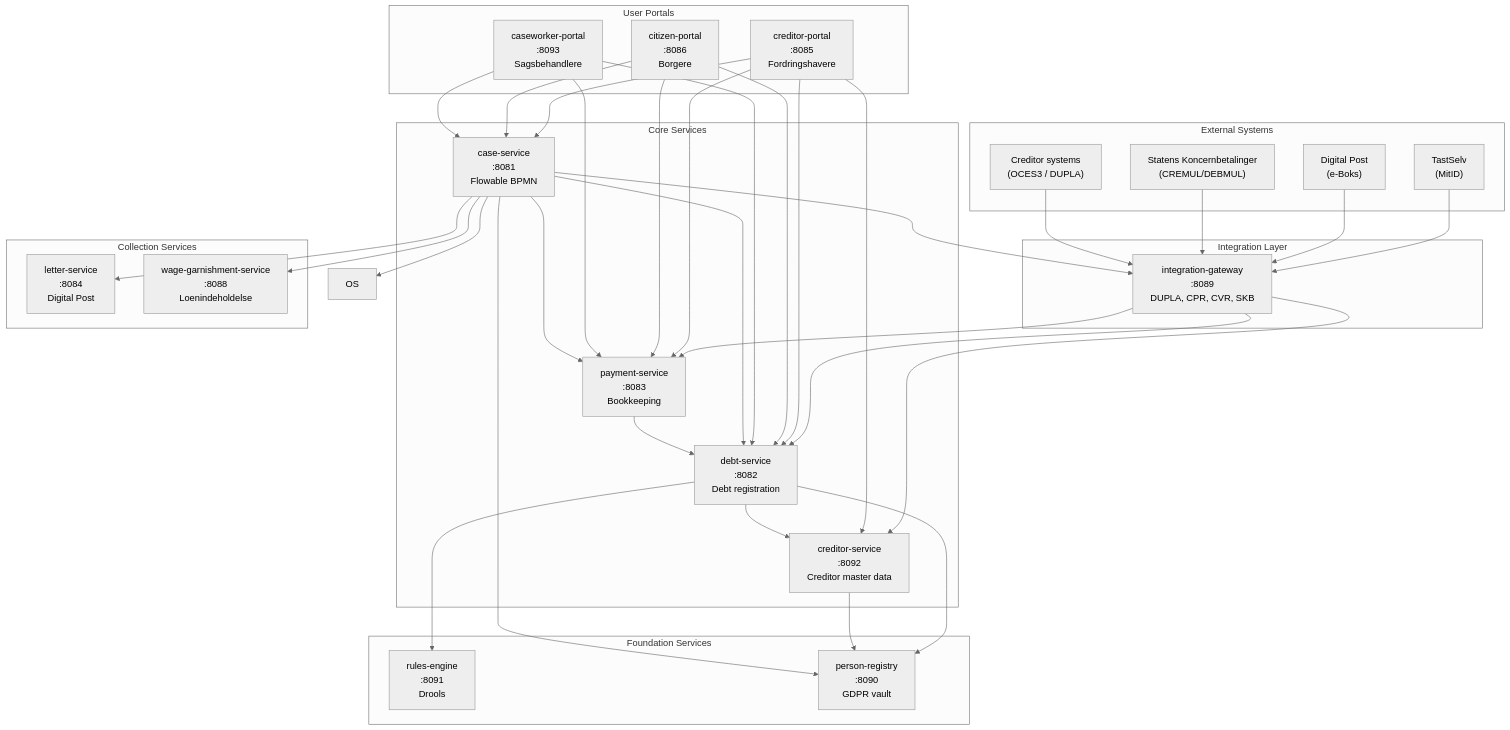
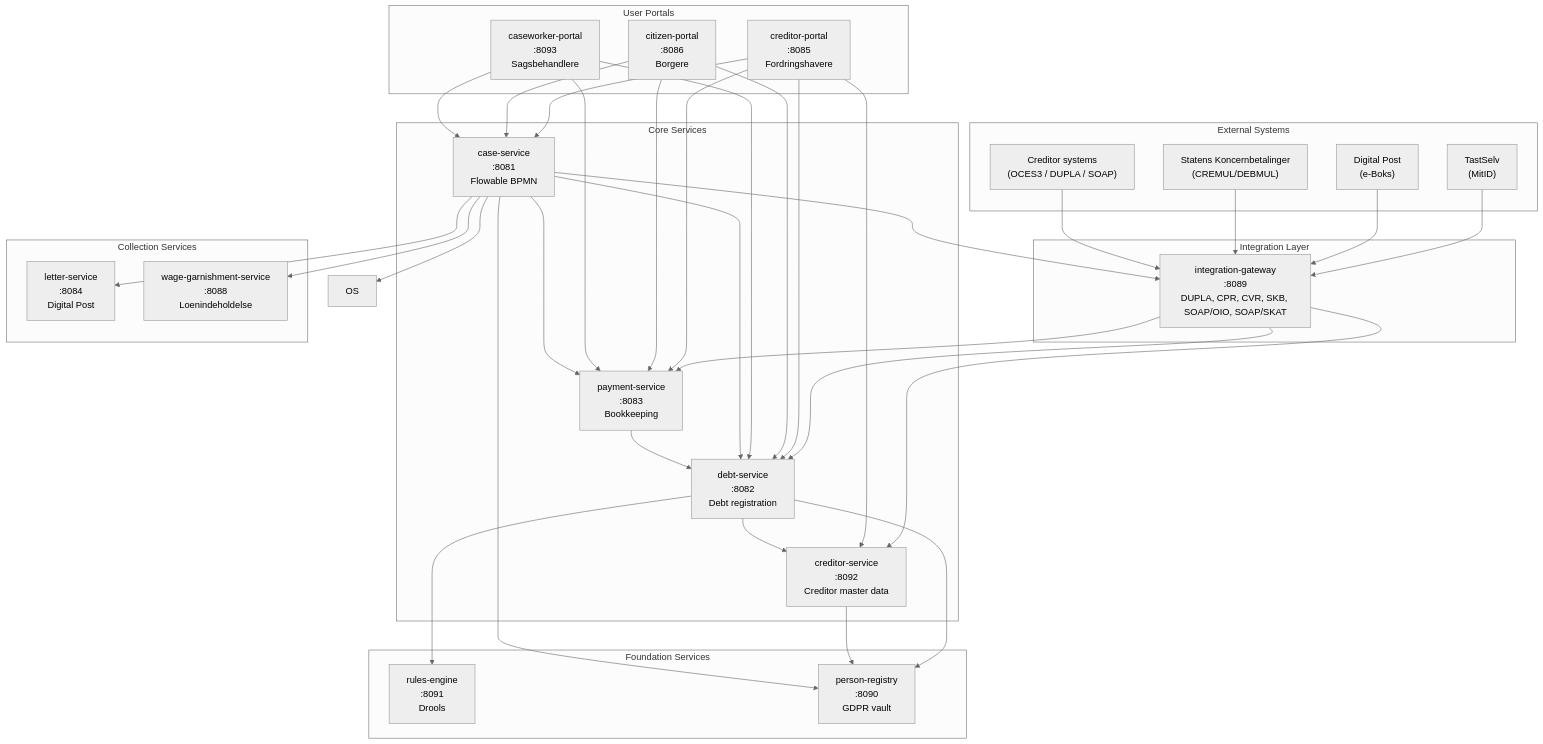
Before and after one commit to mfhens/opendebt: the first of 7 diagrams in docs/architecture-overview.md, drawn with Mermaid (neutral theme). The commit also changed other lines of this file and 12 other files, not shown here.

````diff
--- a/docs/architecture-overview.md
+++ b/docs/architecture-overview.md
@@ -7,70 +7,70 @@
 ```mermaid
 graph TB
     subgraph External["External Systems"]
         TastSelv["TastSelv<br/>(MitID)"]
         DigitalPost["Digital Post<br/>(e-Boks)"]
         SKB["Statens Koncernbetalinger<br/>(CREMUL/DEBMUL)"]
-        ES["Creditor systems<br/>(OCES3 / DUPLA)"]
+        ES["Creditor systems<br/>(OCES3 / DUPLA / SOAP)"]
     end
 
     subgraph Gateway["Integration Layer"]
-        IG["integration-gateway<br/>:8089<br/>DUPLA, CPR, CVR, SKB"]
+        IG["integration-gateway<br/>:8089<br/>DUPLA, CPR, CVR, SKB, SOAP/OIO, SOAP/SKAT"]
     end
 
     subgraph Portals["User Portals"]
         CP["creditor-portal<br/>:8085<br/>Fordringshavere"]
         BP["citizen-portal<br/>:8086<br/>Borgere"]
         CW["caseworker-portal<br/>:8093<br/>Sagsbehandlere"]
     end
 
     subgraph Core["Core Services"]
         DS["debt-service<br/>:8082<br/>Debt registration"]
         CS["case-service<br/>:8081<br/>Flowable BPMN"]
         PS["payment-service<br/>:8083<br/>Bookkeeping"]
         CRS["creditor-service<br/>:8092<br/>Creditor master data"]
     end
 
     subgraph Collection["Collection Services"]
         LS["letter-service<br/>:8084<br/>Digital Post"]
         WG["wage-garnishment-service<br/>:8088<br/>Loenindeholdelse"]
     end
 
     subgraph Foundation["Foundation Services"]
         RE["rules-engine<br/>:8091<br/>Drools"]
         PR["person-registry<br/>:8090<br/>GDPR vault"]
     end
 
     TastSelv --> IG
     DigitalPost --> IG
     SKB --> IG
     ES --> IG
 
     IG --> PS
     IG --> DS
     IG --> CRS
 
     CP --> DS
     CP --> CS
     CP --> CRS
     CP --> PS
     BP --> DS
     BP --> CS
     BP --> PS
     CW --> DS
     CW --> CS
     CW --> PS
 
     CS --> DS
     CS --> PS
     CS --> LS
     CS --> OS
     CS --> WG
     CS --> IG
 
     DS --> RE
     DS --> PR
     DS --> CRS
     CRS --> PR
     CS --> PR
     PS --> DS
 ```
````
